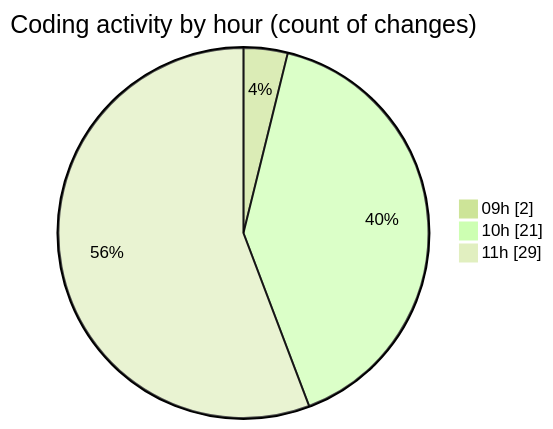
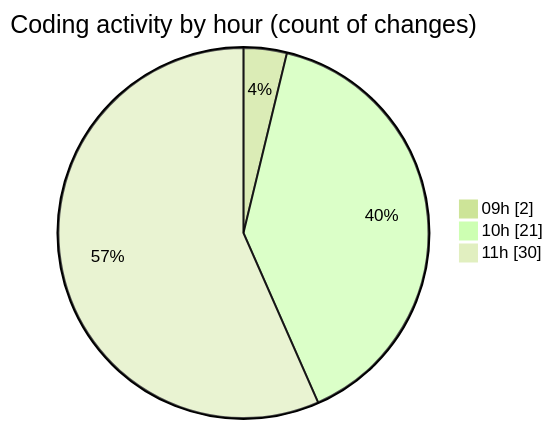
One commit to LanceThiago/code-tracking changed the second of 2 diagrams in 2025-03-27/kml/README.md. Above: the diagram before and after it, drawn with Mermaid (forest theme). The commit also changed other lines of this file and 1 other file, not shown here.

````diff
--- a/2025-03-27/kml/README.md
+++ b/2025-03-27/kml/README.md
@@ -40,7 +40,7 @@
 ```mermaid
 pie showData
 title Coding activity by hour (count of changes)
 "09h" : 2
 "10h" : 21
-"11h" : 29
+"11h" : 30
 ```
````
